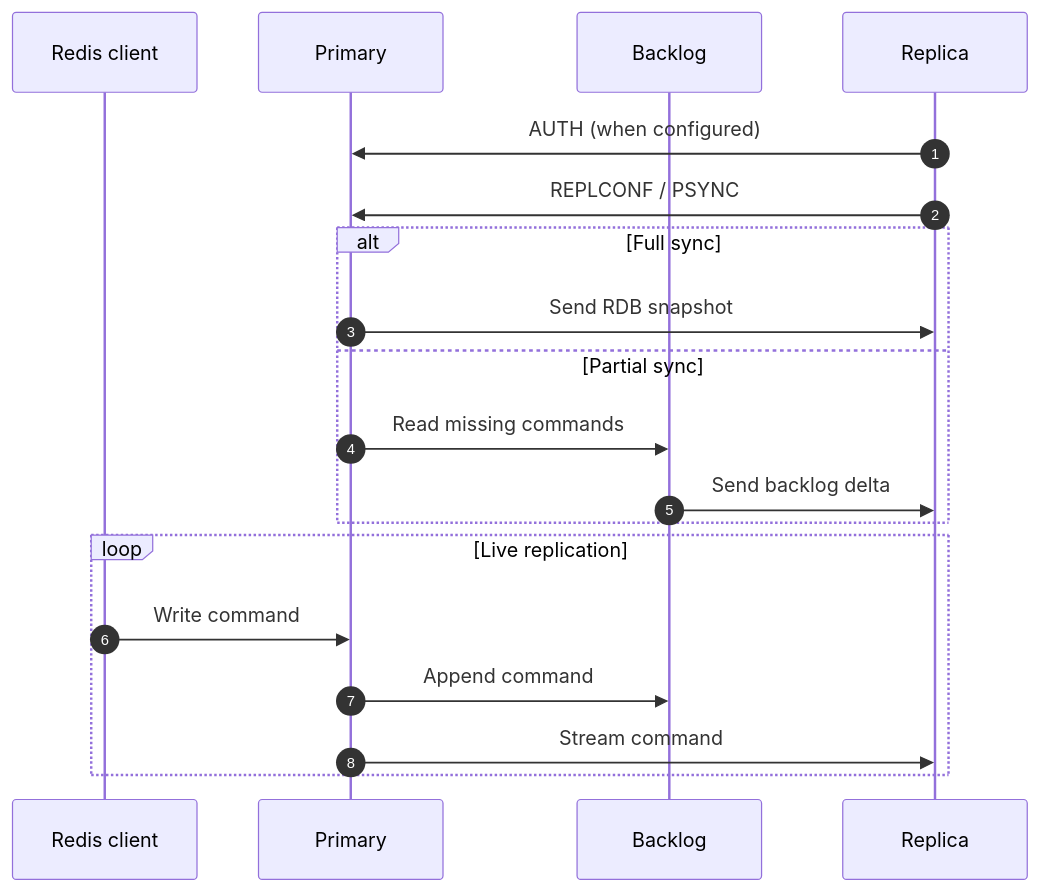
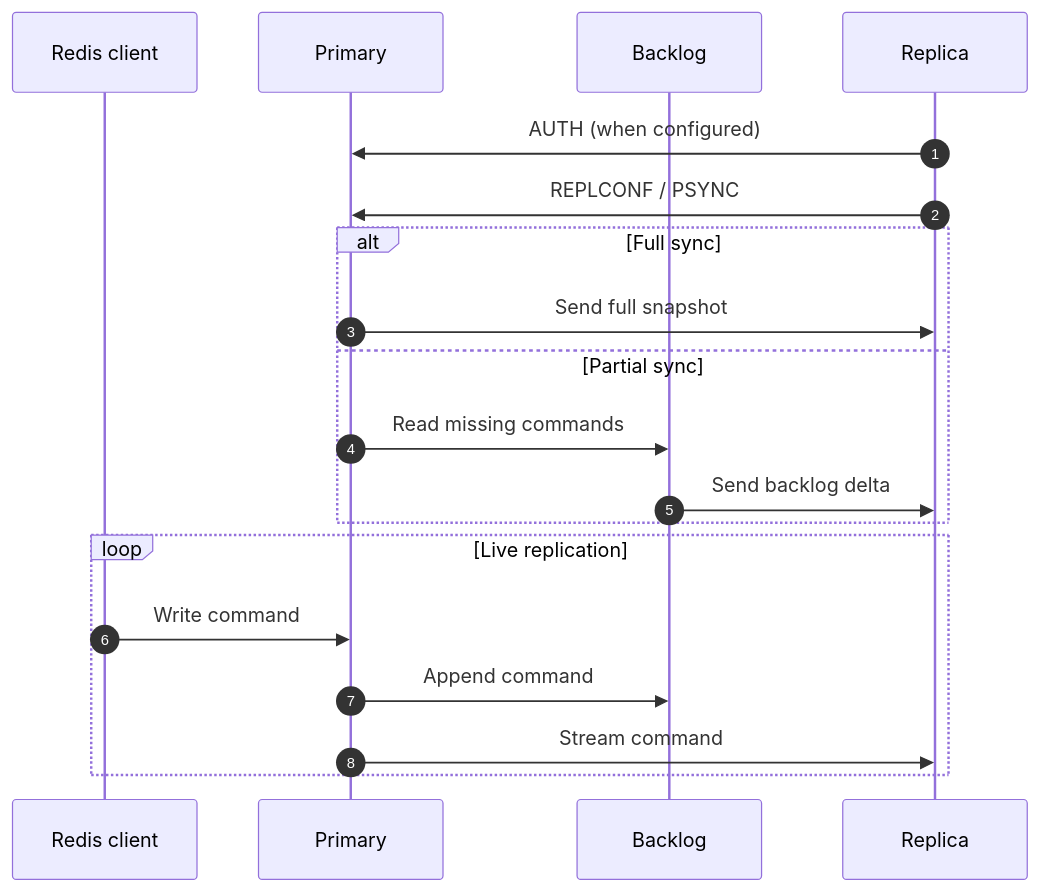
One commit to nolannguyen1212/memkv changed the diagram in README.md. Above: the diagram before and after it, drawn with Mermaid. The commit also changed other lines of this file and 8 other files, not shown here.

````diff
--- a/README.md
+++ b/README.md
@@ -115,22 +113,22 @@
 ```mermaid
 sequenceDiagram
     autonumber
     participant C as Redis client
     participant P as Primary
     participant B as Backlog
     participant R as Replica
 
     R->>P: AUTH (when configured)
     R->>P: REPLCONF / PSYNC
     alt Full sync
-        P->>R: Send RDB snapshot
+        P->>R: Send full snapshot
     else Partial sync
         P->>B: Read missing commands
         B->>R: Send backlog delta
     end
     loop Live replication
         C->>P: Write command
         P->>B: Append command
         P->>R: Stream command
     end
 ```
````
